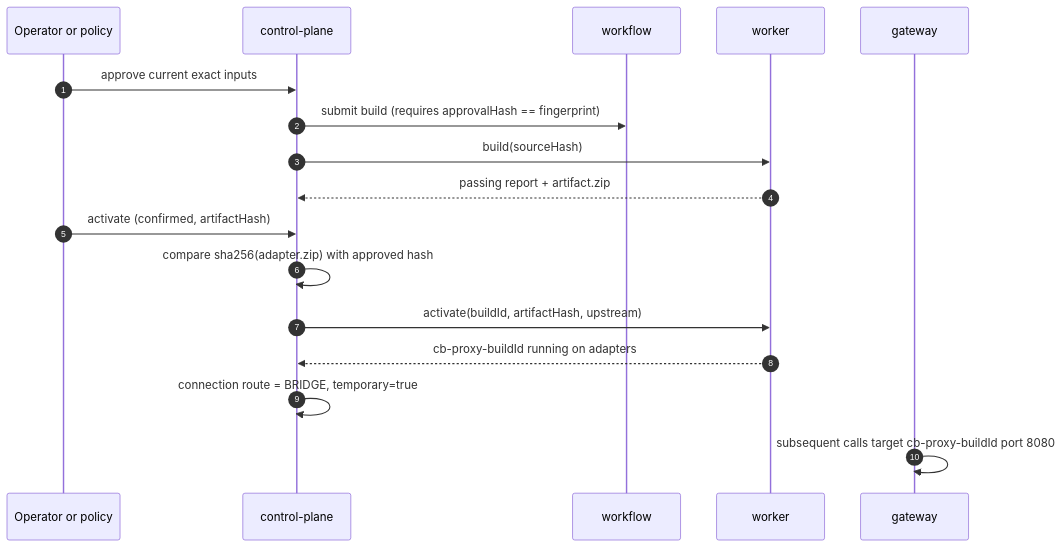
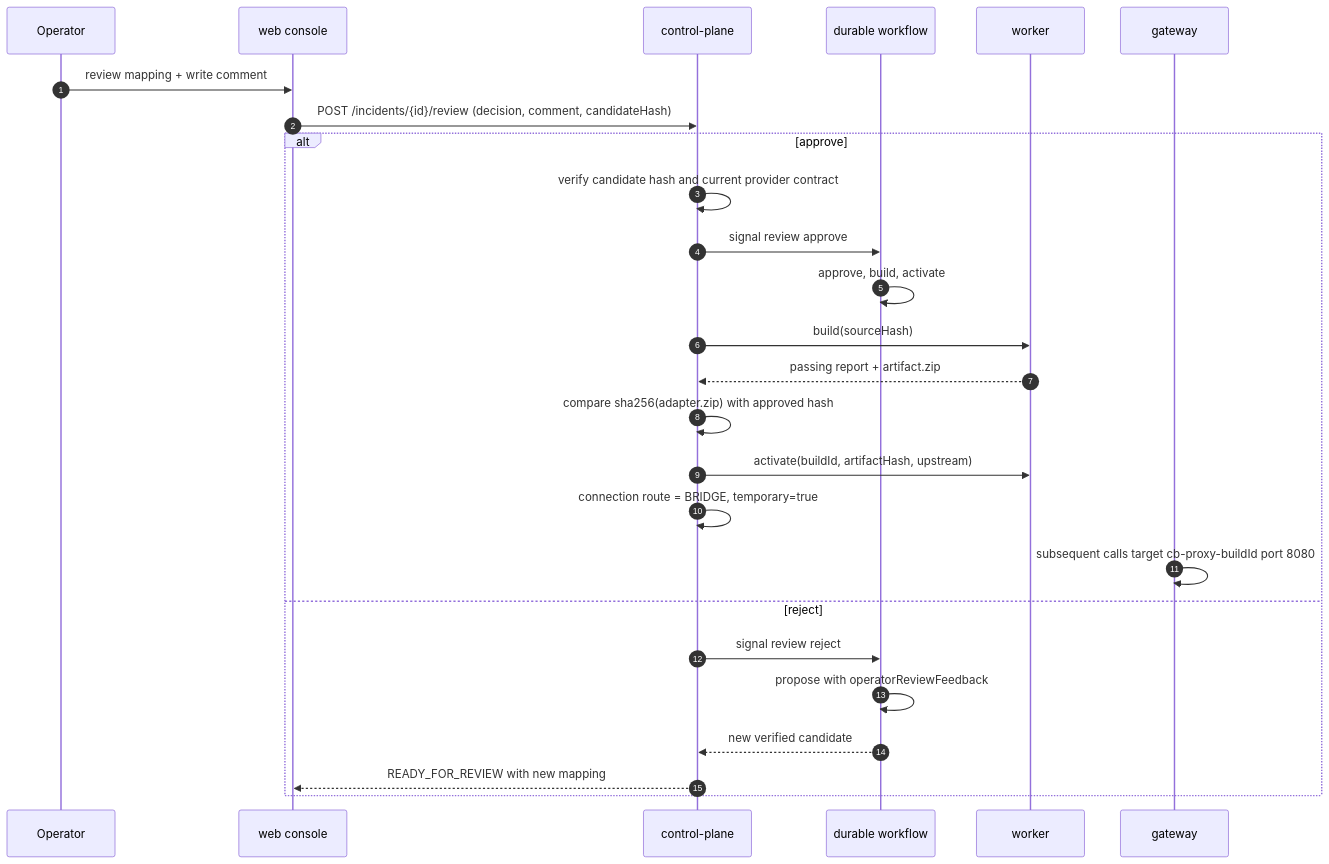
One commit to mtwn105/contractbridge changed the tenth of 17 diagrams in docs/low-level-design.md. Above: the diagram before and after it, drawn with Mermaid. The commit also changed other lines of this file and 25 other files, not shown here.

First line of the commit message:
Replace pinned mitigation policy with operator review loop

````diff
--- a/docs/low-level-design.md
+++ b/docs/low-level-design.md
@@ -484,20 +490,29 @@
 ```mermaid
 sequenceDiagram
     autonumber
-    participant OP as Operator or policy
+    participant OP as Operator
+    participant UI as web console
     participant API as control-plane
-    participant MIG as workflow
+    participant WF as durable workflow
     participant SUP as worker
     participant GW as gateway
 
-    OP->>API: approve current exact inputs
-    API->>MIG: submit build (requires approvalHash == fingerprint)
-    API->>SUP: build(sourceHash)
-    SUP-->>API: passing report + artifact.zip
-    OP->>API: activate (confirmed, artifactHash)
-    API->>API: compare sha256(adapter.zip) with approved hash
-    API->>SUP: activate(buildId, artifactHash, upstream)
-    SUP-->>API: cb-proxy-buildId running on adapters
-    API->>API: connection route = BRIDGE, temporary=true
-    GW->>GW: subsequent calls target cb-proxy-buildId port 8080
+    OP->>UI: review mapping + write comment
+    UI->>API: POST /incidents/{id}/review (decision, comment, candidateHash)
+    alt approve
+        API->>API: verify candidate hash and current provider contract
+        API->>WF: signal review approve
+        WF->>WF: approve, build, activate
+        API->>SUP: build(sourceHash)
+        SUP-->>API: passing report + artifact.zip
+        API->>API: compare sha256(adapter.zip) with approved hash
+        API->>SUP: activate(buildId, artifactHash, upstream)
+        API->>API: connection route = BRIDGE, temporary=true
+        GW->>GW: subsequent calls target cb-proxy-buildId port 8080
+    else reject
+        API->>WF: signal review reject
+        WF->>WF: propose with operatorReviewFeedback
+        WF-->>API: new verified candidate
+        API-->>UI: READY_FOR_REVIEW with new mapping
+    end
 ```
````
